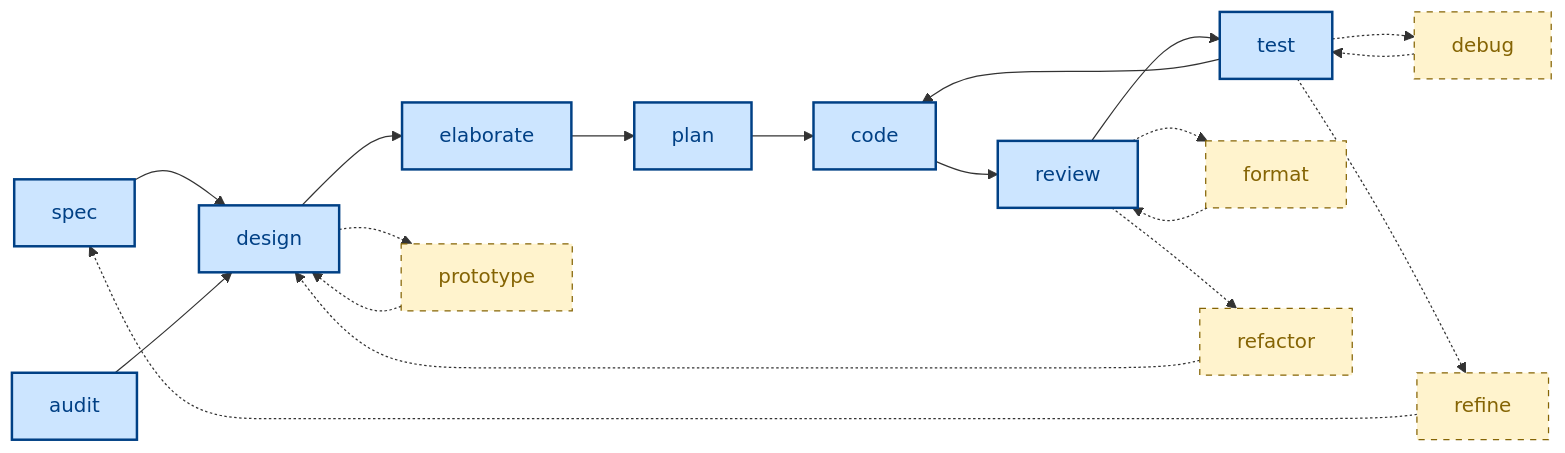
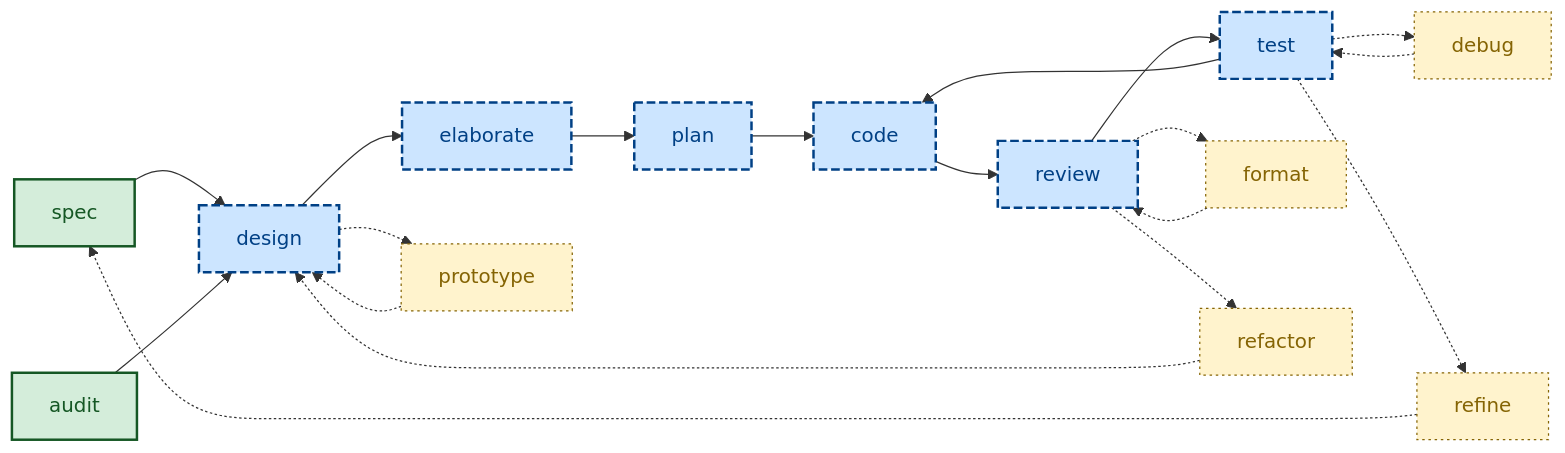
Before and after one commit to kieranpotts/skills: the first of 2 diagrams in README.md, drawn with Mermaid. The commit also changed other lines of this file, not shown here.

Commit message:
chore: distinguish working start points in usage docs

````diff
--- a/README.md
+++ b/README.md
@@ -29,31 +29,32 @@
 ```mermaid
 flowchart LR
   %% Main workflow sequence.
-  spec:::main --> design
-  audit:::main --> design
+  spec:::start --> design
+  audit:::start --> design
   design:::main --> elaborate
   elaborate:::main --> plan
   plan:::main --> code
   code:::main --> review
   review:::main --> test
   test:::main --> code
 
   %% Small iterative cycles.
   design -.-> prototype:::secondary
   prototype -.-> design
   review -.-> format:::secondary
   format -.-> review
   test -.-> debug:::secondary
   debug -.-> test
 
   %% Big feedback loops.
   review -.-> refactor:::secondary
   refactor -.-> design
 
   test -.-> refine:::secondary
   refine -.-> spec
 
   %% Class definitions.
-  classDef main fill:#cce5ff,stroke:#004085,color:#004085,stroke-width:2px
-  classDef secondary fill:#fff3cd,stroke:#856404,color:#856404,stroke-width:1px,stroke-dasharray:5 5
+  classDef start fill:#d4edda,stroke:#155724,color:#155724,stroke-width:2px
+  classDef main fill:#cce5ff,stroke:#004085,color:#004085,stroke-width:2px,stroke-dasharray:7 3
+  classDef secondary fill:#fff3cd,stroke:#856404,color:#856404,stroke-width:1px,stroke-dasharray:2 3
 ```
````
